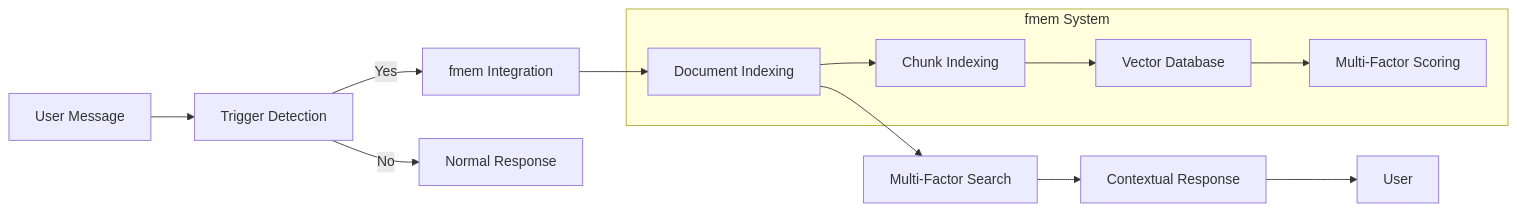
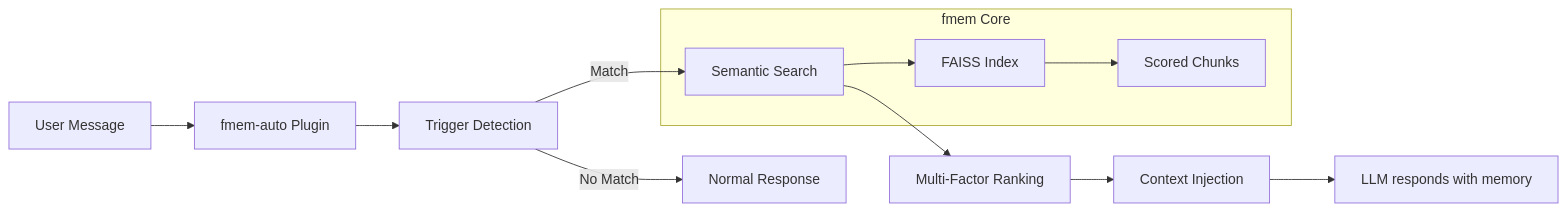
One commit to LuisEduardoAvila/fmem changed the first of 3 diagrams in README.md. Above: the diagram before and after it, drawn with Mermaid. The commit also changed other lines of this file and 5 other files, not shown here.

First line of the commit message:
docs: update documentation for fmem-auto plugin

````diff
--- a/README.md
+++ b/README.md
@@ -49,16 +59,15 @@
 ```mermaid
 graph LR
-    A[User Message] --> B[Trigger Detection]
-    B -->|Yes| C[fmem Integration]
-    B -->|No| D[Normal Response]
-    C --> E[Document Indexing]
-    E --> F[Multi-Factor Search]
-    F --> G[Contextual Response]
-    G --> H[User]
-    
-    subgraph fmem System
-        E --> I[Chunk Indexing]
-        I --> J[Vector Database]
-        J --> K[Multi-Factor Scoring]
+    A[User Message] --> B[fmem-auto Plugin]
+    B --> C[Trigger Detection]
+    C -->|Match| D[Semantic Search]
+    C -->|No Match| E[Normal Response]
+    D --> F[Multi-Factor Ranking]
+    F --> G[Context Injection]
+    G --> H[LLM responds with memory]
+
+    subgraph fmem Core
+        D --> I[FAISS Index]
+        I --> J[Scored Chunks]
     end
 ```
````
